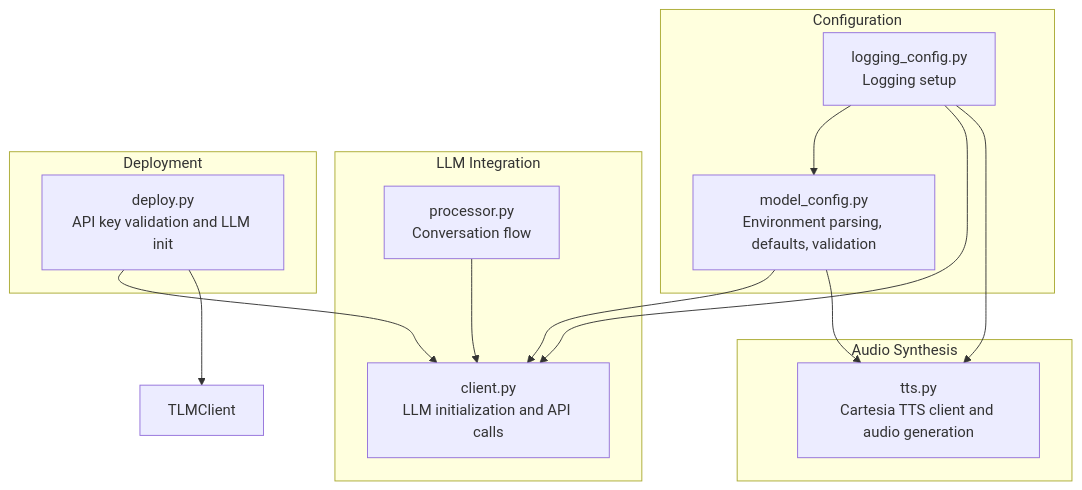
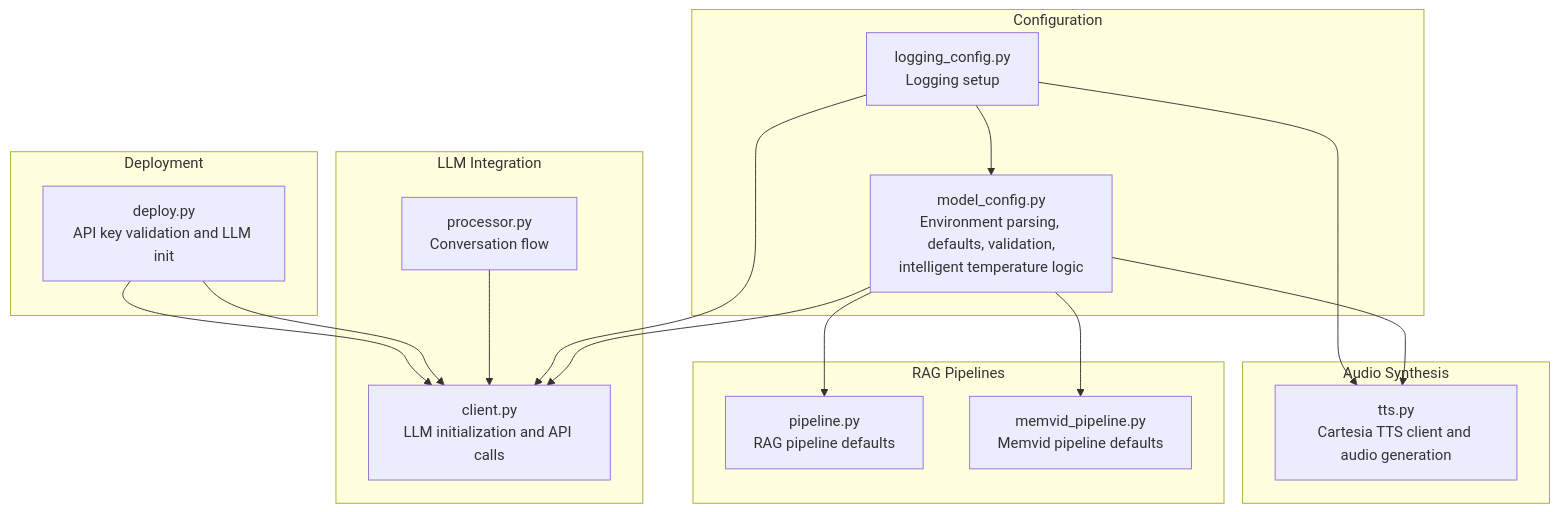
One commit to MOK-5-ha/MayaMCP changed the first of 7 diagrams in .qoder/repowiki/en/content/Configuration Management/Model Configuration.md. Above: the diagram before and after it, drawn with Mermaid. The commit also changed other lines of this file and 27 other files, not shown here.

````diff
--- a/.qoder/repowiki/en/content/Configuration Management/Model Configuration.md
+++ b/.qoder/repowiki/en/content/Configuration Management/Model Configuration.md
@@ -55,25 +58,31 @@
 ```mermaid
 graph TB
 subgraph "Configuration"
-MC["model_config.py<br/>Environment parsing, defaults, validation"]
+MC["model_config.py<br/>Environment parsing, defaults, validation,<br/>intelligent temperature logic"]
 LC["logging_config.py<br/>Logging setup"]
 end
 subgraph "LLM Integration"
 LLMClient["client.py<br/>LLM initialization and API calls"]
 Processor["processor.py<br/>Conversation flow"]
 end
 subgraph "Audio Synthesis"
 TTS["tts.py<br/>Cartesia TTS client and audio generation"]
 end
+subgraph "RAG Pipelines"
+RP["pipeline.py<br/>RAG pipeline defaults"]
+MP["memvid_pipeline.py<br/>Memvid pipeline defaults"]
+end
 subgraph "Deployment"
 Deploy["deploy.py<br/>API key validation and LLM init"]
 end
 MC --> LLMClient
 MC --> TTS
+MC --> RP
+MC --> MP
 LC --> MC
 LC --> LLMClient
 LC --> TTS
 Processor --> LLMClient
 Deploy --> LLMClient
-Deploy --> TLMClient
+Deploy --> LLMClient
 ```
````
